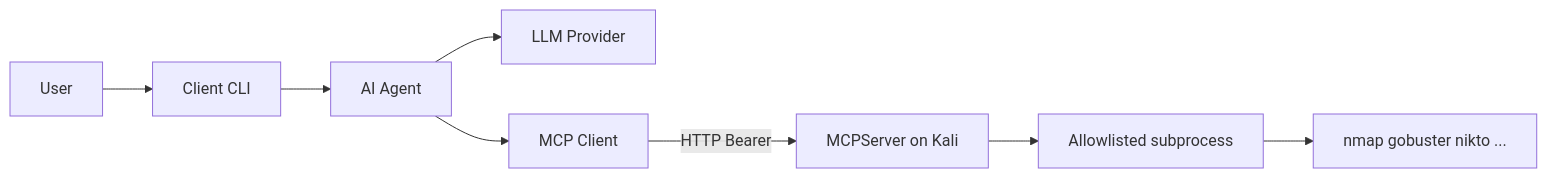
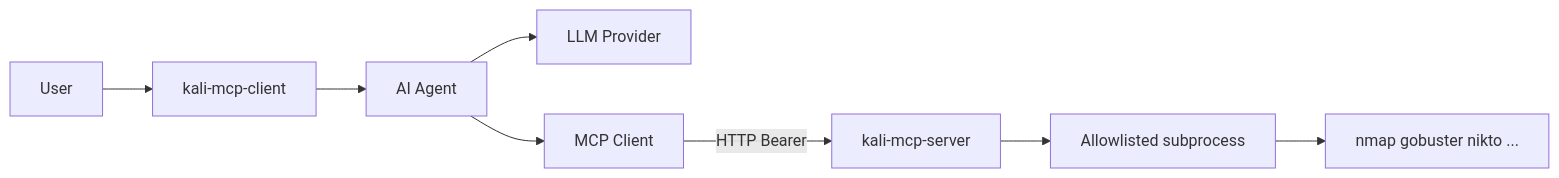
Before and after one commit to captainnarwal/Kali-MCP: the diagram in README.md, drawn with Mermaid. The commit also changed other lines of this file and 9 other files, not shown here.

First line of the commit message:
Package Kali-MCP for public use with MIT license and polished docs.

````diff
--- a/README.md
+++ b/README.md
@@ -58,10 +96,10 @@
 ```mermaid
 flowchart LR
-  user[User] --> cli[Client CLI]
+  user[User] --> cli[kali-mcp-client]
   cli --> agent[AI Agent]
   agent --> llm[LLM Provider]
   agent --> mcpcli[MCP Client]
-  mcpcli -->|HTTP Bearer| srv[MCPServer on Kali]
+  mcpcli -->|HTTP Bearer| srv[kali-mcp-server]
   srv --> runner[Allowlisted subprocess]
   runner --> tools[nmap gobuster nikto ...]
 ```
````
